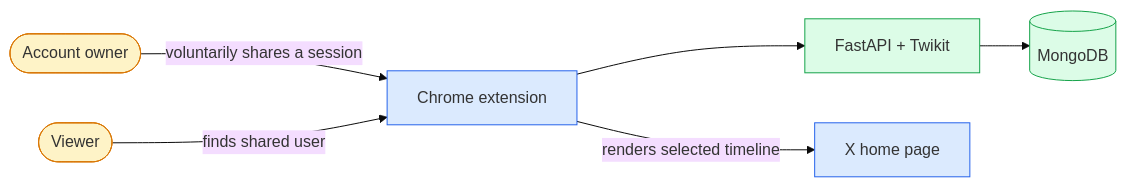
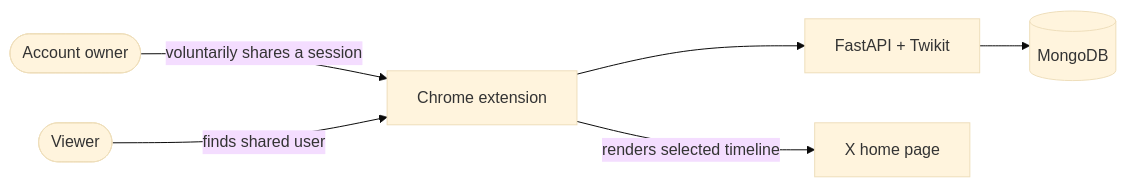
The first of 8 diagrams in README.md (SidheshwarSarangal/X_feed_extension), drawn with Mermaid (base theme) before and after one commit. The commit also changed other lines of this file and 4 other files, not shown here.

````diff
--- a/README.md
+++ b/README.md
@@ -7,15 +7,9 @@
 ```mermaid
 flowchart LR
     Owner([Account owner]) -->|voluntarily shares a session| Extension[Chrome extension]
     Extension --> API[FastAPI + Twikit]
     API --> DB[(MongoDB)]
     Viewer([Viewer]) -->|finds shared user| Extension
     Extension -->|renders selected timeline| X[X home page]
 
-    style Owner fill:#fef3c7,stroke:#d97706
-    style Viewer fill:#fef3c7,stroke:#d97706
-    style Extension fill:#dbeafe,stroke:#2563eb
-    style API fill:#dcfce7,stroke:#16a34a
-    style DB fill:#dcfce7,stroke:#16a34a
-    style X fill:#dbeafe,stroke:#2563eb
 ```
````
